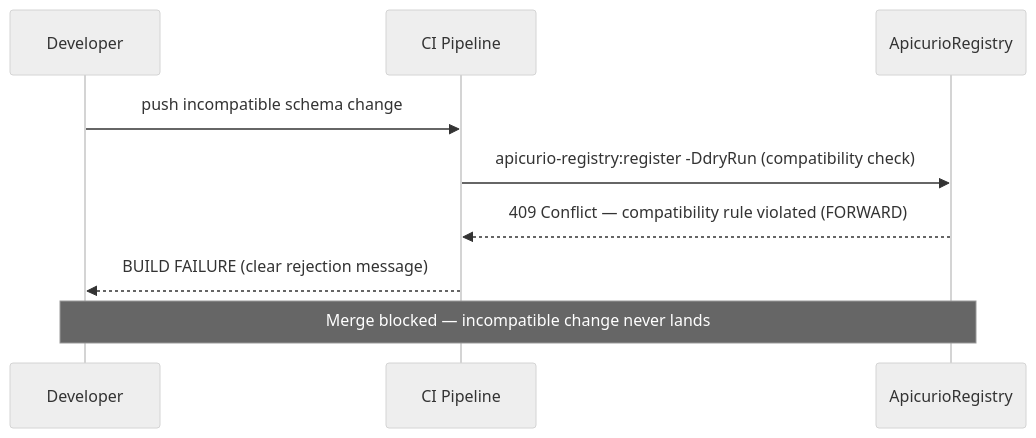
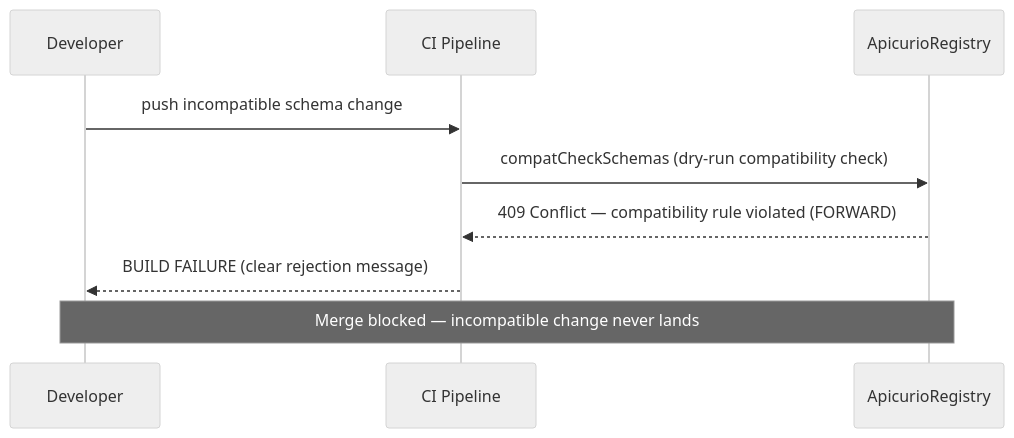
One commit to anarefin/schema-registry-demo changed the third of 4 diagrams in README.md. Above: the diagram before and after it, drawn with Mermaid (neutral theme). The commit also changed other lines of this file and 56 other files, not shown here.

````diff
--- a/README.md
+++ b/README.md
@@ -283,12 +265,12 @@
 ```mermaid
 sequenceDiagram
     participant Dev as Developer
     participant CI as CI Pipeline
     participant A as ApicurioRegistry
 
     Dev->>CI: push incompatible schema change
-    CI->>A: apicurio-registry:register -DdryRun (compatibility check)
+    CI->>A: compatCheckSchemas (dry-run compatibility check)
     A-->>CI: 409 Conflict — compatibility rule violated (FORWARD)
     CI-->>Dev: BUILD FAILURE (clear rejection message)
     Note over Dev,A: Merge blocked — incompatible change never lands
 ```
````
